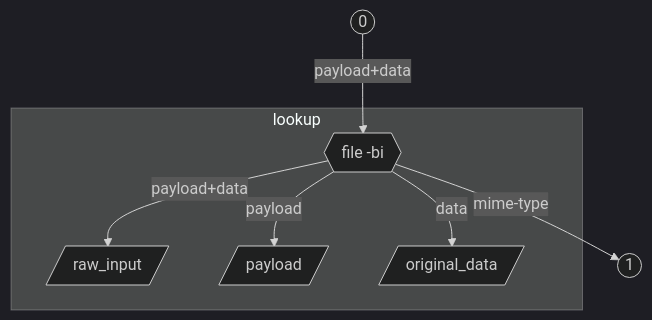
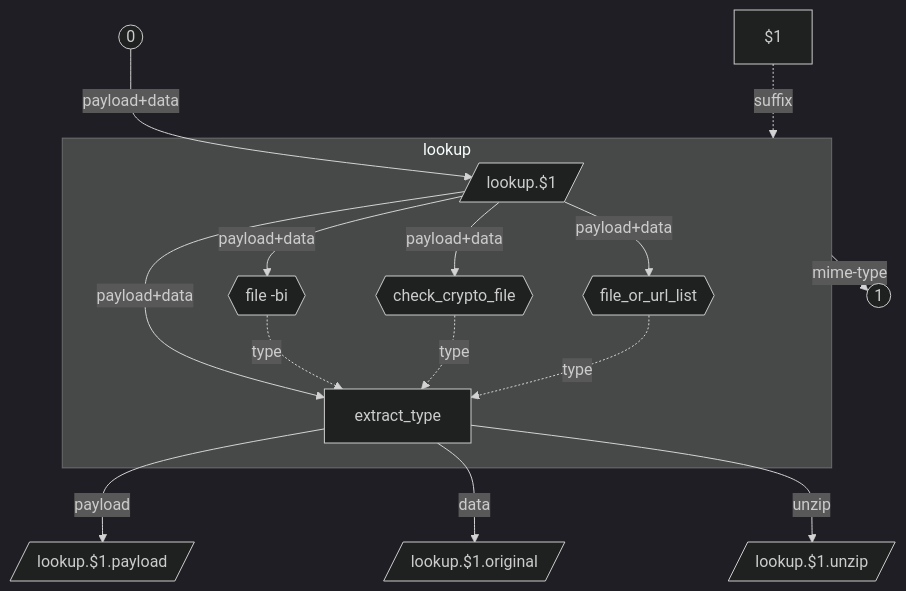
The first of 6 diagrams in docs/fr/filetypes.md (tibolpol/sealgood), drawn with Mermaid (dark theme) before and after one commit. The commit also changed other lines of this file and 5 other files, not shown here.

````diff
--- a/docs/fr/filetypes.md
+++ b/docs/fr/filetypes.md
@@ -13,21 +13,21 @@
 ```mermaid
 flowchart TB
-l0((0)) -->|payload+data| x0{{"file -bi"}}
+l0((0)) -->|payload+data| raw_input[/lookup.$1/]
+$1 -.->|suffix| lookup
 subgraph lookup
-  x0 -->|payload+data| raw_input[/raw_input/]
-  x0 -->|payload| payload[/payload/]
-  x0 -->|data| data[/original_data/]
+  raw_input -->|payload+data| t0{{"file -bi"}}
+  raw_input -->|payload+data| t1{{check_crypto_file}}
+  raw_input -->|payload+data| t2{{file_or_url_list}}
+  raw_input -->|payload+data| x0[extract_type]
+  t0 -.->|type| x0
+  t1 -.->|type| x0
+  t2 -.->|type| x0
 end
-x0 -->|mime-type| l1((1))
-click lookup "sealgood.md#lookup"
-click clean "sealgood.md#clean"
-click date "sealgood.md#date"
-click end_of_pipe "sealgood.md#end_of_pipe"
-click enumerate "sealgood.md#enumerate"
-click file2tgz "sealgood.md#file2tgz"
-click genkey "sealgood.md#genkey"
-click help "sealgood.md#help"
-click main "sealgood.md#main"
-click sign "sealgood.md#sign"
-click verify "sealgood.md#verify"
+x0 -->|payload| payload[/lookup.$1.payload/]
+x0 -->|data| data[/lookup.$1.original/]
+x0 -->|unzip| unzip[/lookup.$1.unzip/]
+lookup -->|mime-type| l1((1))
+click x0 "#extract_type"
+click t1 "#check_crypto_file"
+click t2 "#file_or_url_list"
 ```
````
